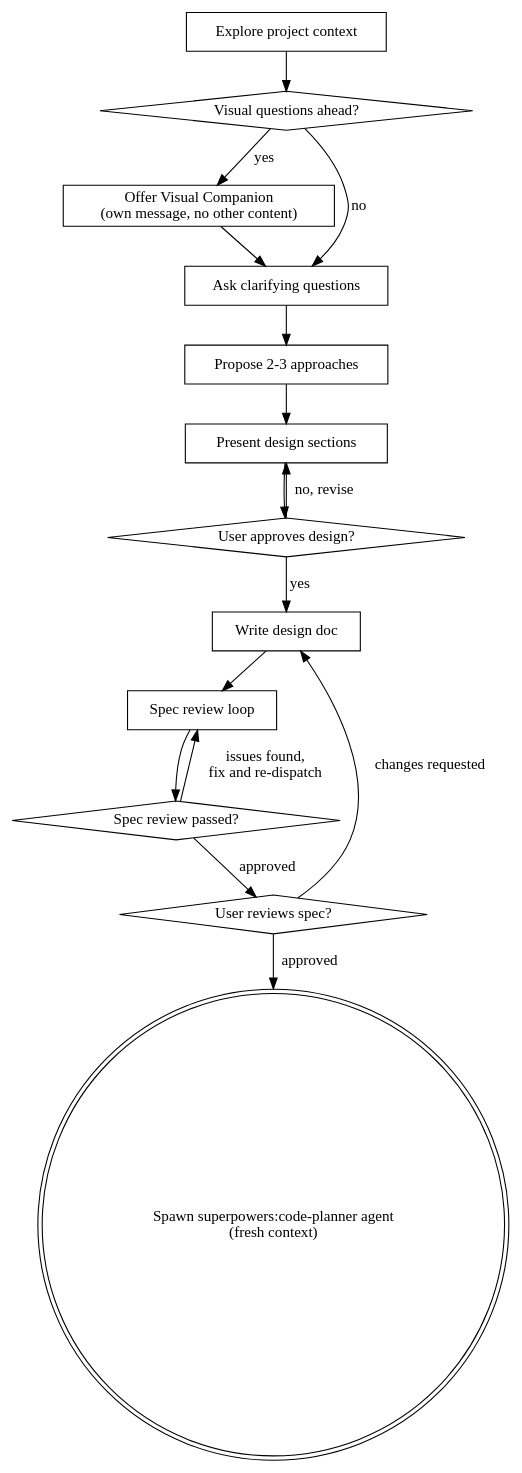
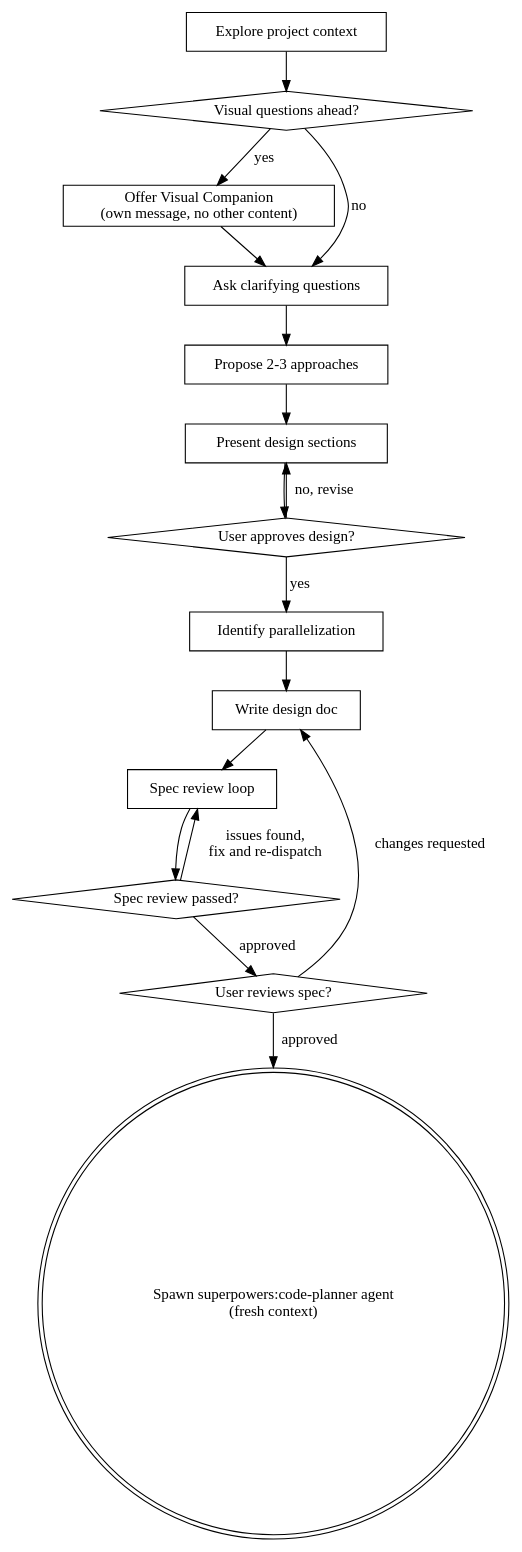
One commit to emilelemoine/superpowers changed the diagram in skills/brainstorming/SKILL.md. Above: the diagram before and after it, drawn with Graphviz. The commit also changed other lines of this file and 1 other file, not shown here.

First line of the commit message:
Refactor: add parallelization step to checklist and process flow diagram

````diff
--- a/skills/brainstorming/SKILL.md
+++ b/skills/brainstorming/SKILL.md
@@ -36,32 +37,34 @@
 ```dot
 digraph brainstorming {
     "Explore project context" [shape=box];
     "Visual questions ahead?" [shape=diamond];
     "Offer Visual Companion\n(own message, no other content)" [shape=box];
     "Ask clarifying questions" [shape=box];
     "Propose 2-3 approaches" [shape=box];
     "Present design sections" [shape=box];
     "User approves design?" [shape=diamond];
+    "Identify parallelization" [shape=box];
     "Write design doc" [shape=box];
     "Spec review loop" [shape=box];
     "Spec review passed?" [shape=diamond];
     "User reviews spec?" [shape=diamond];
     "Spawn superpowers:code-planner agent\n(fresh context)" [shape=doublecircle];
 
     "Explore project context" -> "Visual questions ahead?";
     "Visual questions ahead?" -> "Offer Visual Companion\n(own message, no other content)" [label="yes"];
     "Visual questions ahead?" -> "Ask clarifying questions" [label="no"];
     "Offer Visual Companion\n(own message, no other content)" -> "Ask clarifying questions";
     "Ask clarifying questions" -> "Propose 2-3 approaches";
     "Propose 2-3 approaches" -> "Present design sections";
     "Present design sections" -> "User approves design?";
     "User approves design?" -> "Present design sections" [label="no, revise"];
-    "User approves design?" -> "Write design doc" [label="yes"];
+    "User approves design?" -> "Identify parallelization" [label="yes"];
+    "Identify parallelization" -> "Write design doc";
     "Write design doc" -> "Spec review loop";
     "Spec review loop" -> "Spec review passed?";
     "Spec review passed?" -> "Spec review loop" [label="issues found,\nfix and re-dispatch"];
     "Spec review passed?" -> "User reviews spec?" [label="approved"];
     "User reviews spec?" -> "Write design doc" [label="changes requested"];
     "User reviews spec?" -> "Spawn superpowers:code-planner agent\n(fresh context)" [label="approved"];
 }
 ```
````
